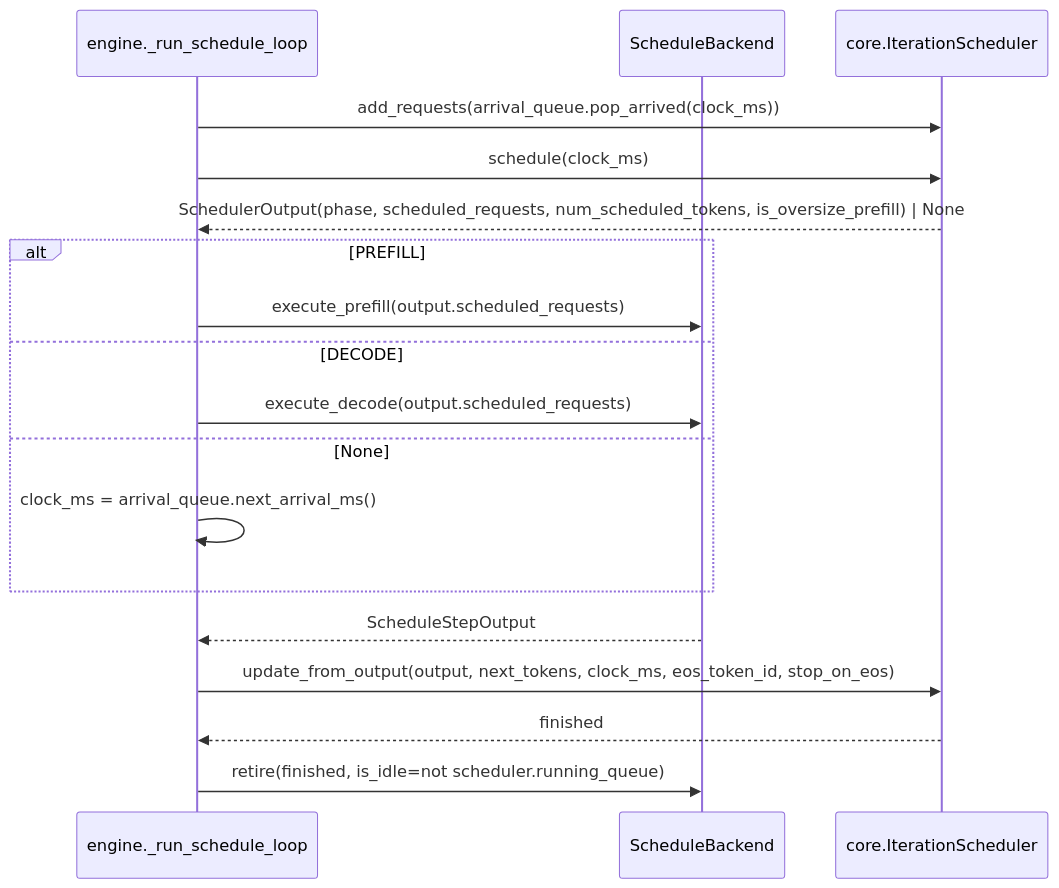
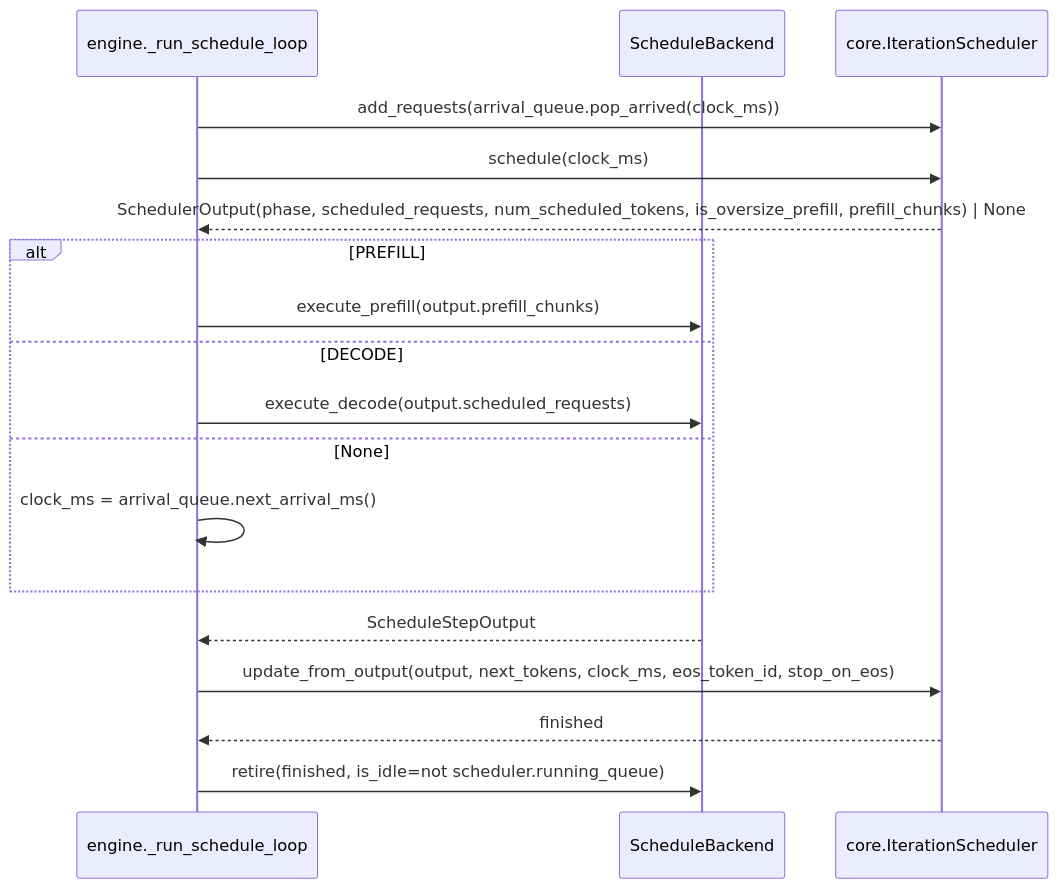
One commit to yurun00/mini-infra-qwen3 changed the diagram in docs/architecture/iteration-scheduling.md. Above: the diagram before and after it, drawn with Mermaid. The commit also changed other lines of this file and 37 other files, not shown here.

````diff
--- a/docs/architecture/iteration-scheduling.md
+++ b/docs/architecture/iteration-scheduling.md
@@ -27,20 +27,20 @@
 ```mermaid
 sequenceDiagram
     participant L as engine._run_schedule_loop
     participant B as ScheduleBackend
     participant S as core.IterationScheduler
     L->>S: add_requests(arrival_queue.pop_arrived(clock_ms))
     L->>S: schedule(clock_ms)
-    S-->>L: SchedulerOutput(phase, scheduled_requests, num_scheduled_tokens, is_oversize_prefill) | None
+    S-->>L: SchedulerOutput(phase, scheduled_requests, num_scheduled_tokens, is_oversize_prefill, prefill_chunks) | None
     alt PREFILL
-        L->>B: execute_prefill(output.scheduled_requests)
+        L->>B: execute_prefill(output.prefill_chunks)
     else DECODE
         L->>B: execute_decode(output.scheduled_requests)
     else None
         L->>L: clock_ms = arrival_queue.next_arrival_ms()
     end
     B-->>L: ScheduleStepOutput
     L->>S: update_from_output(output, next_tokens, clock_ms, eos_token_id, stop_on_eos)
     S-->>L: finished
     L->>B: retire(finished, is_idle=not scheduler.running_queue)
 ```
````
